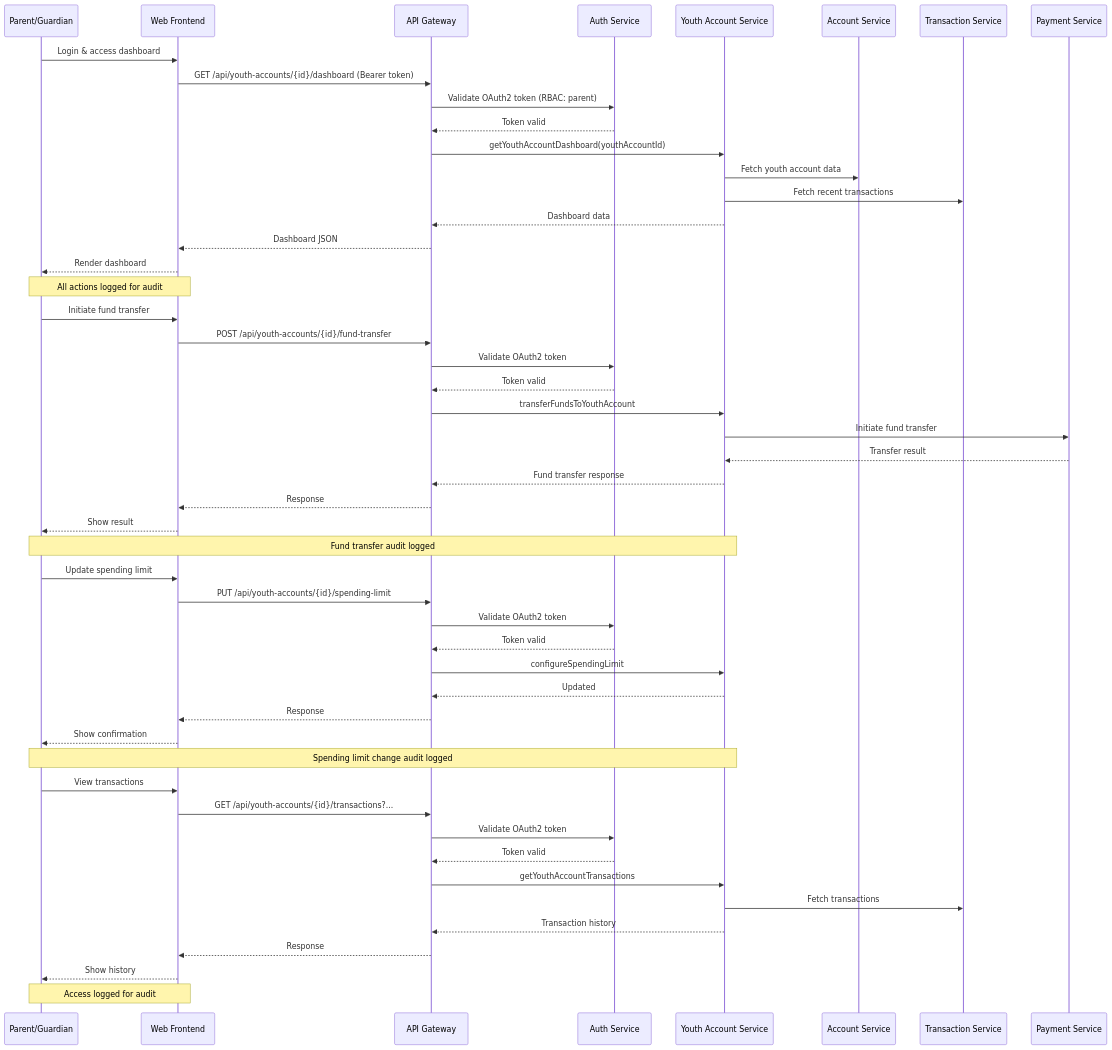
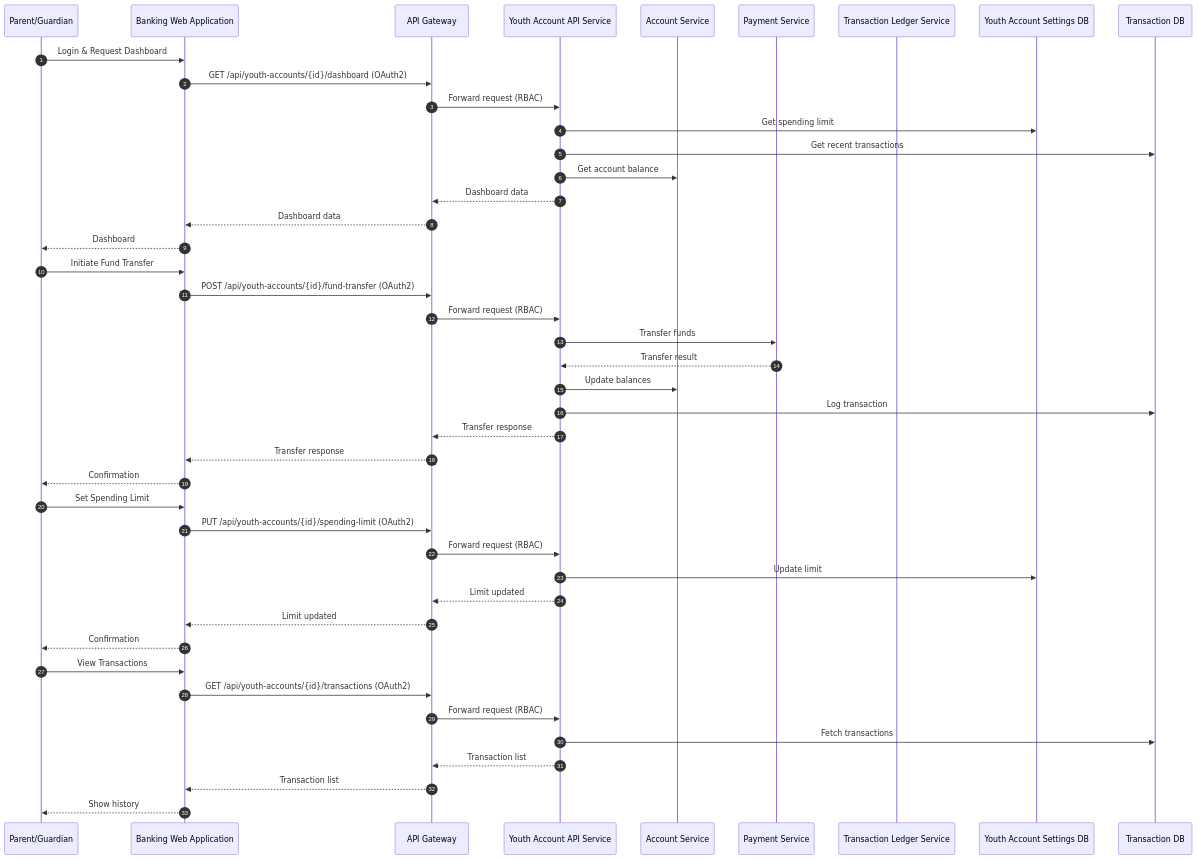
One commit to Ascend-Krithi/SCIB-Inception changed the diagram in Components and Sequence Diagrams/sequence_diagram.mmd. Above: the diagram before and after it, drawn with Mermaid. The commit also changed 1 other file, not shown here.

```diff
--- a/Components and Sequence Diagrams/sequence_diagram.mmd
+++ b/Components and Sequence Diagrams/sequence_diagram.mmd
@@ -1,55 +1,53 @@
-%% Sequence Diagram for Youth Account Management (Mermaid)
+%% Sequence Diagram for Youth Account Management APIs
 sequenceDiagram
+    autonumber
     participant Parent as Parent/Guardian
-    participant Web as Web Frontend
+    participant WebApp as Banking Web Application
     participant APIGW as API Gateway
-    participant Auth as Auth Service
-    participant YAS as Youth Account Service
-    participant AccS as Account Service
-    participant TxS as Transaction Service
-    participant PayS as Payment Service
+    participant YouthAPI as Youth Account API Service
+    participant AccountSvc as Account Service
+    participant PaymentSvc as Payment Service
+    participant TxnLedger as Transaction Ledger Service
+    participant SettingsDB as Youth Account Settings DB
+    participant TxnDB as Transaction DB
 
-    Parent->>Web: Login & access dashboard
-    Web->>APIGW: GET /api/youth-accounts/{id}/dashboard (Bearer token)
-    APIGW->>Auth: Validate OAuth2 token (RBAC: parent)
-    Auth-->>APIGW: Token valid
-    APIGW->>YAS: getYouthAccountDashboard(youthAccountId)
-    YAS->>AccS: Fetch youth account data
-    YAS->>TxS: Fetch recent transactions
-    YAS-->>APIGW: Dashboard data
-    APIGW-->>Web: Dashboard JSON
-    Web-->>Parent: Render dashboard
-    Note over Parent,Web: All actions logged for audit
+    %% Dashboard Retrieval
+    Parent->>WebApp: Login & Request Dashboard
+    WebApp->>APIGW: GET /api/youth-accounts/{id}/dashboard (OAuth2)
+    APIGW->>YouthAPI: Forward request (RBAC)
+    YouthAPI->>SettingsDB: Get spending limit
+    YouthAPI->>TxnDB: Get recent transactions
+    YouthAPI->>AccountSvc: Get account balance
+    YouthAPI-->>APIGW: Dashboard data
+    APIGW-->>WebApp: Dashboard data
+    WebApp-->>Parent: Dashboard
 
-    Parent->>Web: Initiate fund transfer
-    Web->>APIGW: POST /api/youth-accounts/{id}/fund-transfer
-    APIGW->>Auth: Validate OAuth2 token
-    Auth-->>APIGW: Token valid
-    APIGW->>YAS: transferFundsToYouthAccount
-    YAS->>PayS: Initiate fund transfer
-    PayS-->>YAS: Transfer result
-    YAS-->>APIGW: Fund transfer response
-    APIGW-->>Web: Response
-    Web-->>Parent: Show result
-    Note over Parent,YAS: Fund transfer audit logged
+    %% Fund Transfer
+    Parent->>WebApp: Initiate Fund Transfer
+    WebApp->>APIGW: POST /api/youth-accounts/{id}/fund-transfer (OAuth2)
+    APIGW->>YouthAPI: Forward request (RBAC)
+    YouthAPI->>PaymentSvc: Transfer funds
+    PaymentSvc-->>YouthAPI: Transfer result
+    YouthAPI->>AccountSvc: Update balances
+    YouthAPI->>TxnDB: Log transaction
+    YouthAPI-->>APIGW: Transfer response
+    APIGW-->>WebApp: Transfer response
+    WebApp-->>Parent: Confirmation
 
-    Parent->>Web: Update spending limit
-    Web->>APIGW: PUT /api/youth-accounts/{id}/spending-limit
-    APIGW->>Auth: Validate OAuth2 token
-    Auth-->>APIGW: Token valid
-    APIGW->>YAS: configureSpendingLimit
-    YAS-->>APIGW: Updated
-    APIGW-->>Web: Response
-    Web-->>Parent: Show confirmation
-    Note over Parent,YAS: Spending limit change audit logged
+    %% Set Spending Limit
+    Parent->>WebApp: Set Spending Limit
+    WebApp->>APIGW: PUT /api/youth-accounts/{id}/spending-limit (OAuth2)
+    APIGW->>YouthAPI: Forward request (RBAC)
+    YouthAPI->>SettingsDB: Update limit
+    YouthAPI-->>APIGW: Limit updated
+    APIGW-->>WebApp: Limit updated
+    WebApp-->>Parent: Confirmation
 
-    Parent->>Web: View transactions
-    Web->>APIGW: GET /api/youth-accounts/{id}/transactions?...
-    APIGW->>Auth: Validate OAuth2 token
-    Auth-->>APIGW: Token valid
-    APIGW->>YAS: getYouthAccountTransactions
-    YAS->>TxS: Fetch transactions
-    YAS-->>APIGW: Transaction history
-    APIGW-->>Web: Response
-    Web-->>Parent: Show history
-    Note over Parent,Web: Access logged for audit
+    %% Transaction History
+    Parent->>WebApp: View Transactions
+    WebApp->>APIGW: GET /api/youth-accounts/{id}/transactions (OAuth2)
+    APIGW->>YouthAPI: Forward request (RBAC)
+    YouthAPI->>TxnDB: Fetch transactions
+    YouthAPI-->>APIGW: Transaction list
+    APIGW-->>WebApp: Transaction list
+    WebApp-->>Parent: Show history
```
